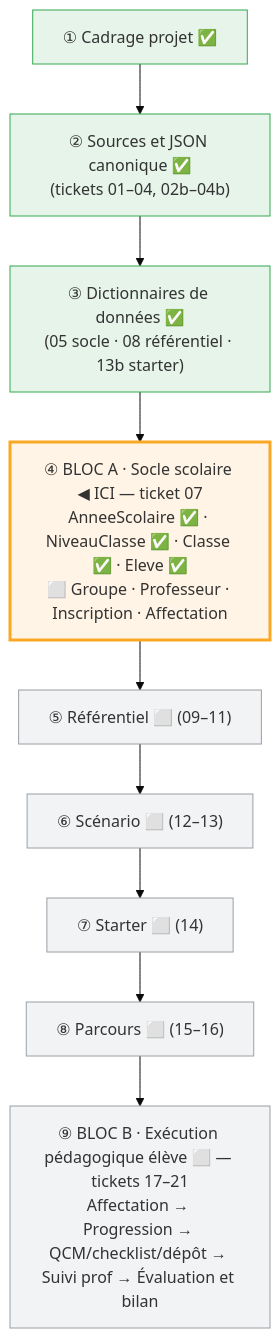
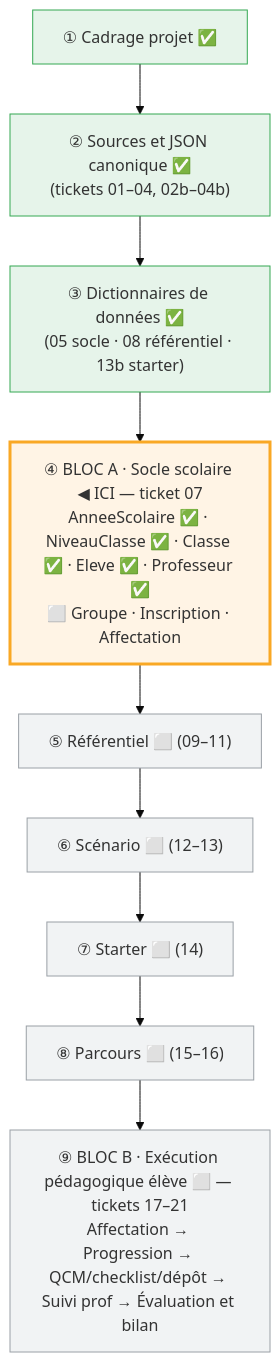
One commit to caucrogeGit/ReferenCiel-Manager changed the diagram in docs/journal-de-progression.md. Above: the diagram before and after it, drawn with Mermaid (base theme). The commit also changed other lines of this file, not shown here.

Commit message:
docs(journal): ajout de l'entité Professeur (§6, §9, §10.2, §11)

````diff
--- a/docs/journal-de-progression.md
+++ b/docs/journal-de-progression.md
@@ -508,19 +529,19 @@
 ```mermaid
 flowchart TD
     A["① Cadrage projet ✅"]
     B["② Sources et JSON canonique ✅<br/>(tickets 01–04, 02b–04b)"]
     C["③ Dictionnaires de données ✅<br/>(05 socle · 08 référentiel · 13b starter)"]
-    D["④ BLOC A · Socle scolaire ◀ ICI — ticket 07<br/>AnneeScolaire ✅ · NiveauClasse ✅ · Classe ✅ · Eleve ✅<br/>⬜ Groupe · Professeur · Inscription · Affectation"]
+    D["④ BLOC A · Socle scolaire ◀ ICI — ticket 07<br/>AnneeScolaire ✅ · NiveauClasse ✅ · Classe ✅ · Eleve ✅ · Professeur ✅<br/>⬜ Groupe · Inscription · Affectation"]
     E["⑤ Référentiel ⬜ (09–11)"]
     F["⑥ Scénario ⬜ (12–13)"]
     G["⑦ Starter ⬜ (14)"]
     H["⑧ Parcours ⬜ (15–16)"]
     I["⑨ BLOC B · Exécution pédagogique élève ⬜ — tickets 17–21<br/>Affectation → Progression → QCM/checklist/dépôt → Suivi prof → Évaluation et bilan"]
     A --> B --> C --> D --> E --> F --> G --> H --> I
     classDef done fill:#e6f4ea,stroke:#34a853;
     classDef current fill:#fff4e5,stroke:#f9a825,stroke-width:3px;
     classDef todo fill:#f1f3f4,stroke:#9aa0a6;
     class A,B,C done
     class D current
     class E,F,G,H,I todo
 ```
````
